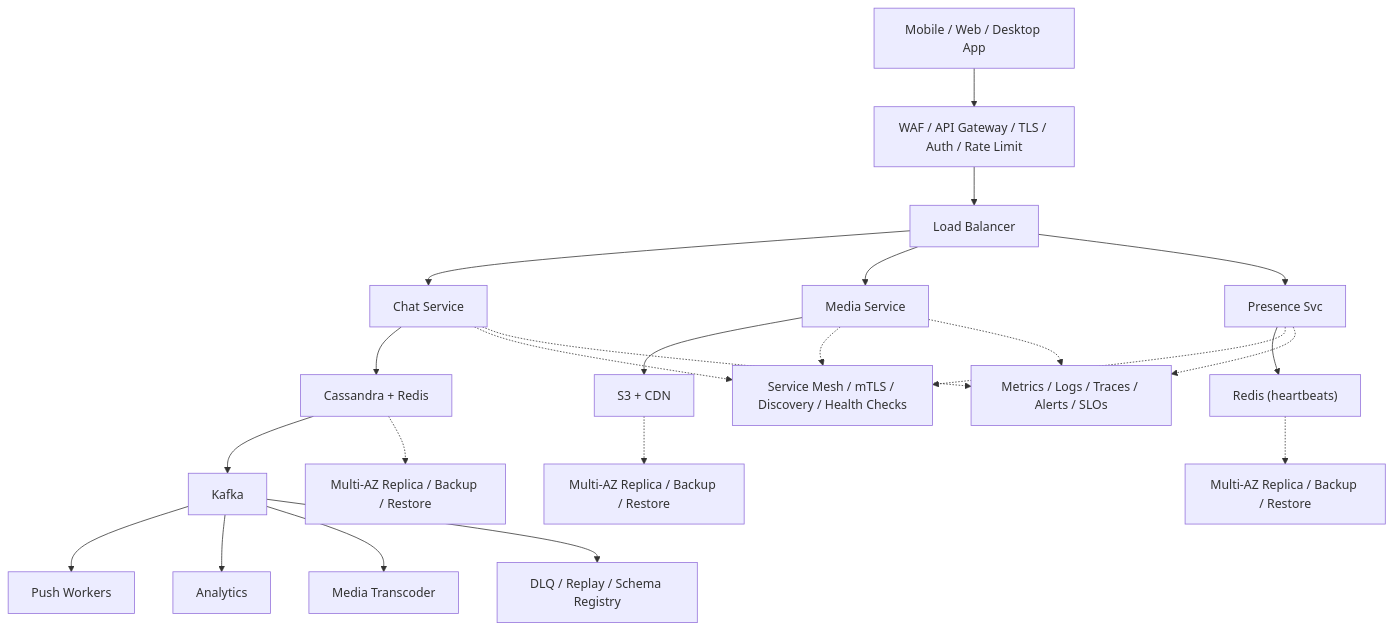
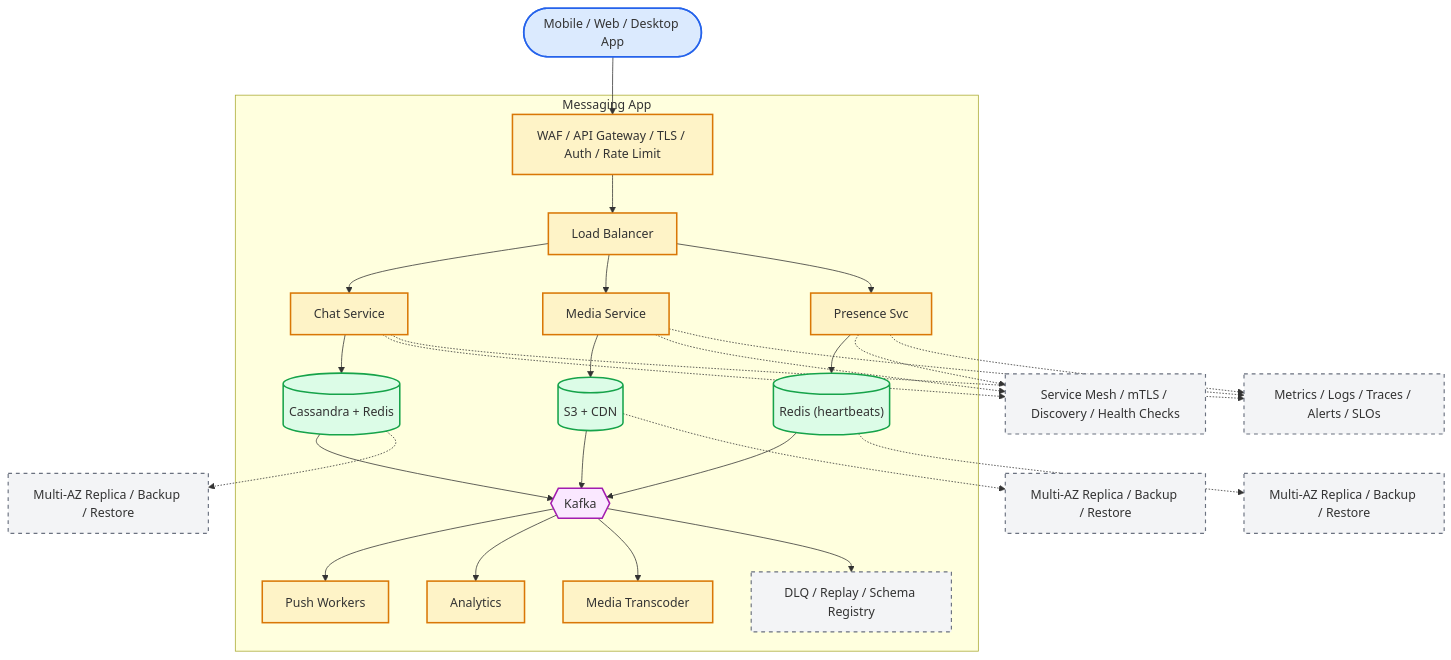
One commit to aishwary11/system-design changed the diagram in system-design-messaging-app.md. Above: the diagram before and after it, drawn with Mermaid. The commit also changed other lines of this file and 36 other files, not shown here.

First line of the commit message:
Standardize all diagrams on C4-style Mermaid template

````diff
--- a/system-design-messaging-app.md
+++ b/system-design-messaging-app.md
@@ -40,25 +40,65 @@
 ```mermaid
 flowchart TB
-    clients["Mobile / Web / Desktop App"] --> edge["WAF / API Gateway / TLS / Auth / Rate Limit"]
-    edge --> lb["Load Balancer"]
-    lb --> svc0["Chat Service"]
-    lb --> svc1["Media Service"]
-    lb --> svc2["Presence Svc"]
-    svc0 --> store0["Cassandra + Redis"]
-    svc1 --> store1["S3 + CDN"]
-    svc2 --> store2["Redis (heartbeats)"]
-    store0 --> stream["Kafka"]
-    stream --> worker0["Push Workers"]
-    stream --> worker1["Analytics"]
-    stream --> worker2["Media Transcoder"]
-    svc0 -.-> platform["Service Mesh / mTLS / Discovery / Health Checks"]
-    svc1 -.-> platform
-    svc2 -.-> platform
-    store0 -.-> backup0["Multi-AZ Replica / Backup / Restore"]
-    store1 -.-> backup1["Multi-AZ Replica / Backup / Restore"]
-    store2 -.-> backup2["Multi-AZ Replica / Backup / Restore"]
-    stream --> dlq["DLQ / Replay / Schema Registry"]
-    svc0 -.-> ops["Metrics / Logs / Traces / Alerts / SLOs"]
+    %% Actors (people)
+    clients(["Mobile / Web / Desktop App"])
+
+    %% System boundary - containers owned by the platform
+    subgraph platform["Messaging App"]
+        edge["WAF / API Gateway / TLS / Auth / Rate Limit"]
+        lb["Load Balancer"]
+        svc0["Chat Service"]
+        svc1["Media Service"]
+        svc2["Presence Svc"]
+        store0[("Cassandra + Redis")]
+        store1[("S3 + CDN")]
+        store2[("Redis (heartbeats)")]
+        stream{{"Kafka"}}
+        worker0["Push Workers"]
+        worker1["Analytics"]
+        worker2["Media Transcoder"]
+        dlq["DLQ / Replay / Schema Registry"]
+    end
+
+    %% Cross-cutting control plane (dashed edges)
+    mesh["Service Mesh / mTLS / Discovery / Health Checks"]
+    ops["Metrics / Logs / Traces / Alerts / SLOs"]
+    backup0["Multi-AZ Replica / Backup / Restore"]
+    backup1["Multi-AZ Replica / Backup / Restore"]
+    backup2["Multi-AZ Replica / Backup / Restore"]
+
+    clients --> edge
+    edge --> lb
+    lb --> svc0
+    lb --> svc1
+    lb --> svc2
+    svc0 --> store0
+    svc1 --> store1
+    svc2 --> store2
+    store0 --> stream
+    store1 --> stream
+    store2 --> stream
+    stream --> worker0
+    stream --> worker1
+    stream --> worker2
+    stream --> dlq
+    svc0 -.-> mesh
+    svc1 -.-> mesh
+    svc2 -.-> mesh
+    svc0 -.-> ops
     svc1 -.-> ops
     svc2 -.-> ops
+    store0 -.-> backup0
+    store1 -.-> backup1
+    store2 -.-> backup2
+
+    classDef actor fill:#dbeafe,stroke:#2563eb,stroke-width:2px
+    classDef service fill:#fef3c7,stroke:#d97706,stroke-width:2px
+    classDef store fill:#dcfce7,stroke:#16a34a,stroke-width:2px
+    classDef broker fill:#fae8ff,stroke:#a21caf,stroke-width:2px
+    classDef control fill:#f3f4f6,stroke:#6b7280,stroke-width:1.5px,stroke-dasharray:5 5
+    class clients actor
+    class edge,lb,svc0,svc1,svc2,worker0,worker1,worker2 service
+    class store0,store1,store2 store
+    class stream broker
+    class dlq,mesh,ops,backup0,backup1,backup2 control
 ```
````
